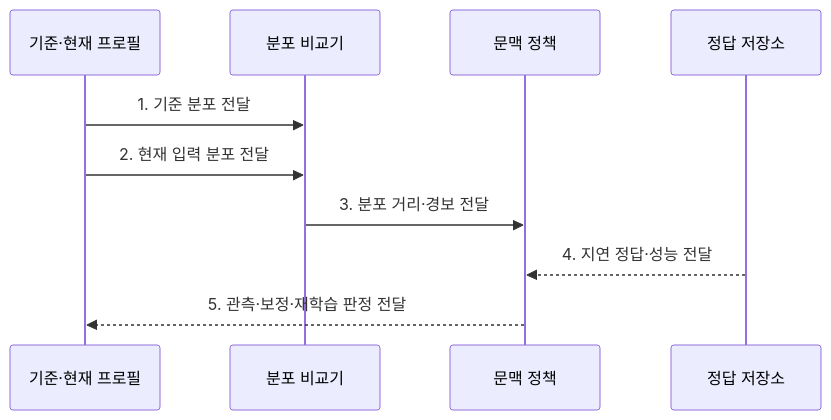
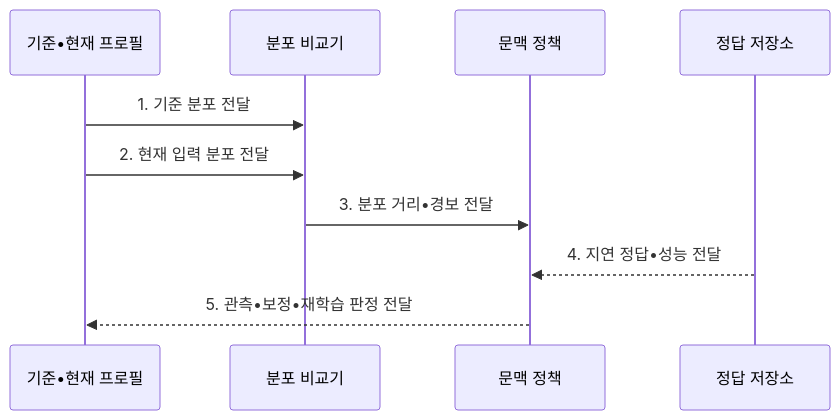
The second of 2 diagrams in src/content/docs/notes/08-latest-tech/134_data_drift.md (agnusdei1207/knowledge-base), drawn with Mermaid before and after one commit. The commit also changed other lines of this file and 953 other files, not shown here.

````diff
--- a/src/content/docs/notes/08-latest-tech/134_data_drift.md
+++ b/src/content/docs/notes/08-latest-tech/134_data_drift.md
@@ -104,12 +104,12 @@
 ```mermaid
 sequenceDiagram
-    participant B as 기준·현재 프로필
+    participant B as 기준•현재 프로필
     participant D as 분포 비교기
     participant P as 문맥 정책
     participant L as 정답 저장소
     B->>D: 1. 기준 분포 전달
     B->>D: 2. 현재 입력 분포 전달
-    D->>P: 3. 분포 거리·경보 전달
-    L-->>P: 4. 지연 정답·성능 전달
-    P-->>B: 5. 관측·보정·재학습 판정 전달
+    D->>P: 3. 분포 거리•경보 전달
+    L-->>P: 4. 지연 정답•성능 전달
+    P-->>B: 5. 관측•보정•재학습 판정 전달
 ```
````
